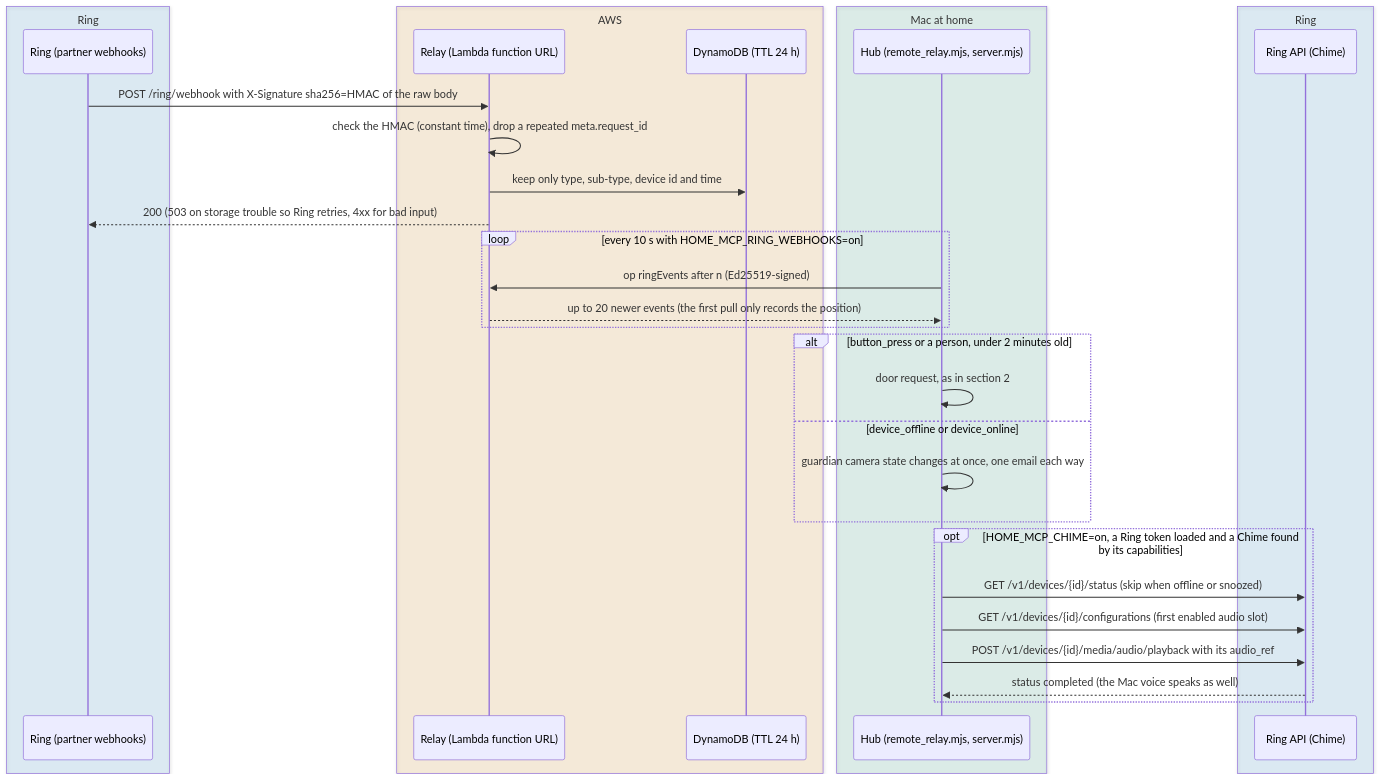
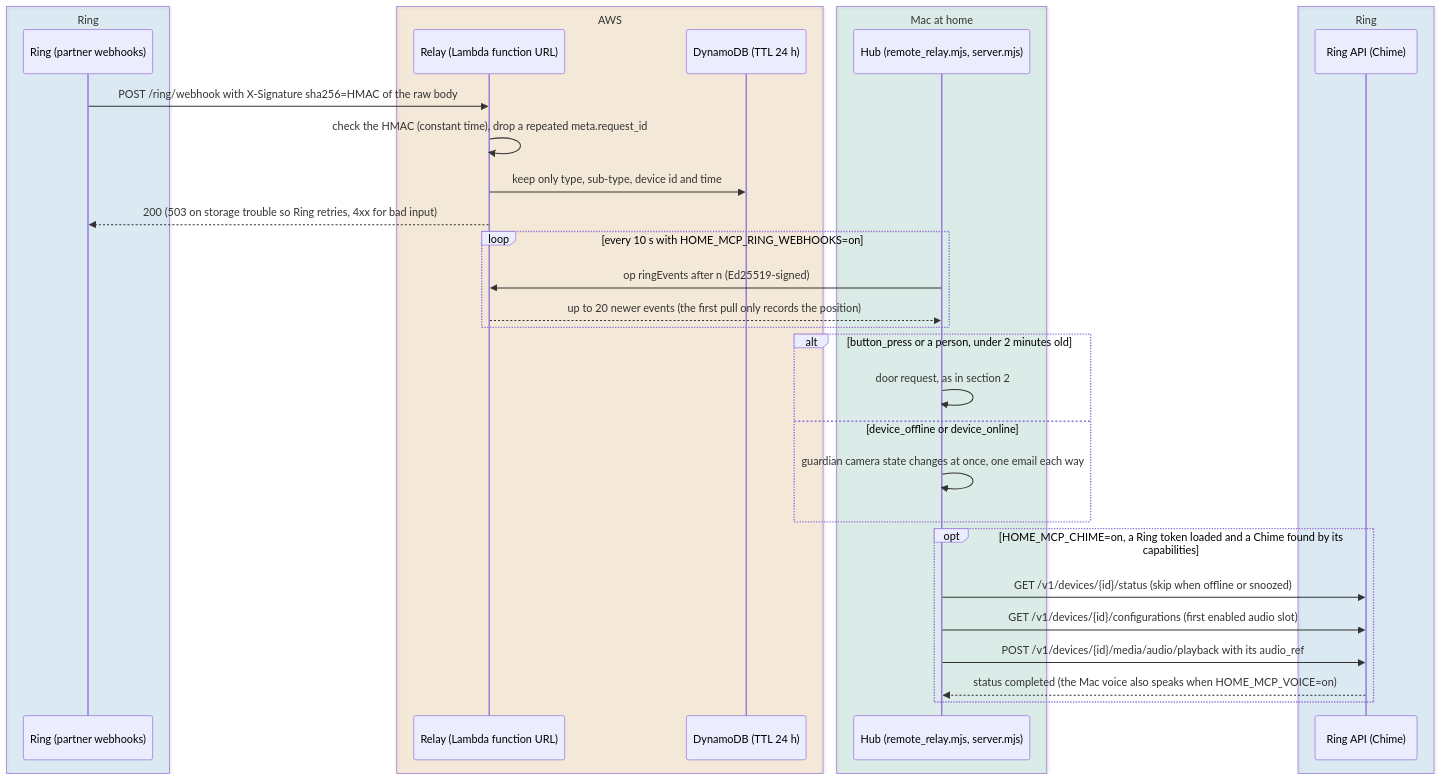
The fifth of 5 diagrams in docs/ARCHITECTURE.md (jiarong0423/ring-home-mcp-hub), drawn with Mermaid before and after one commit. The commit also changed other lines of this file and 16 other files, not shown here.

````diff
--- a/docs/ARCHITECTURE.md
+++ b/docs/ARCHITECTURE.md
@@ -175,35 +175,35 @@
 ```mermaid
 sequenceDiagram
   box rgba(26,143,214,0.12) Ring
     participant R as Ring (partner webhooks)
   end
   box rgba(230,138,0,0.12) AWS
     participant F as Relay (Lambda function URL)
     participant T as DynamoDB (TTL 24 h)
   end
   box rgba(31,158,120,0.12) Mac at home
     participant H as Hub (remote_relay.mjs, server.mjs)
   end
   box rgba(26,143,214,0.12) Ring
     participant C as Ring API (Chime)
   end
   R->>F: POST /ring/webhook with X-Signature sha256=HMAC of the raw body
   F->>F: check the HMAC (constant time), drop a repeated meta.request_id
   F->>T: keep only type, sub-type, device id and time
   F-->>R: 200 (503 on storage trouble so Ring retries, 4xx for bad input)
   loop every 10 s with HOME_MCP_RING_WEBHOOKS=on
     H->>F: op ringEvents after n (Ed25519-signed)
     F-->>H: up to 20 newer events (the first pull only records the position)
   end
   alt button_press or a person, under 2 minutes old
     H->>H: door request, as in section 2
   else device_offline or device_online
     H->>H: guardian camera state changes at once, one email each way
   end
   opt HOME_MCP_CHIME=on, a Ring token loaded and a Chime found by its capabilities
     H->>C: GET /v1/devices/{id}/status (skip when offline or snoozed)
     H->>C: GET /v1/devices/{id}/configurations (first enabled audio slot)
     H->>C: POST /v1/devices/{id}/media/audio/playback with its audio_ref
-    C-->>H: status completed (the Mac voice speaks as well)
+    C-->>H: status completed (the Mac voice also speaks when HOME_MCP_VOICE=on)
   end
 ```
````
